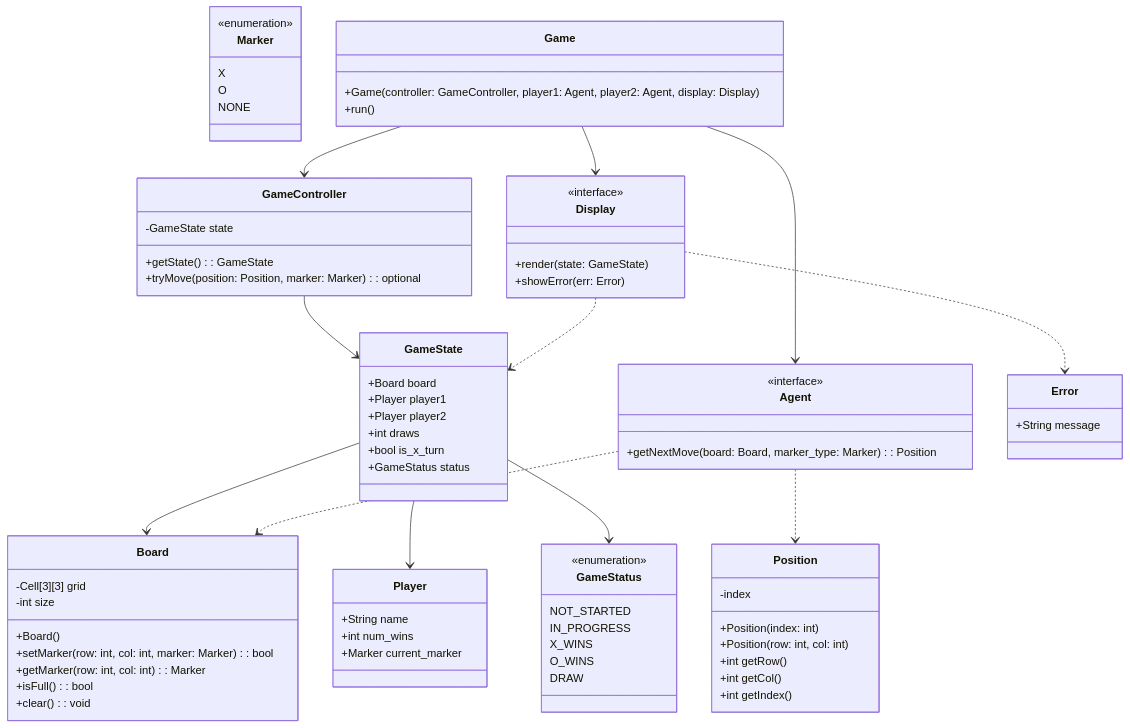
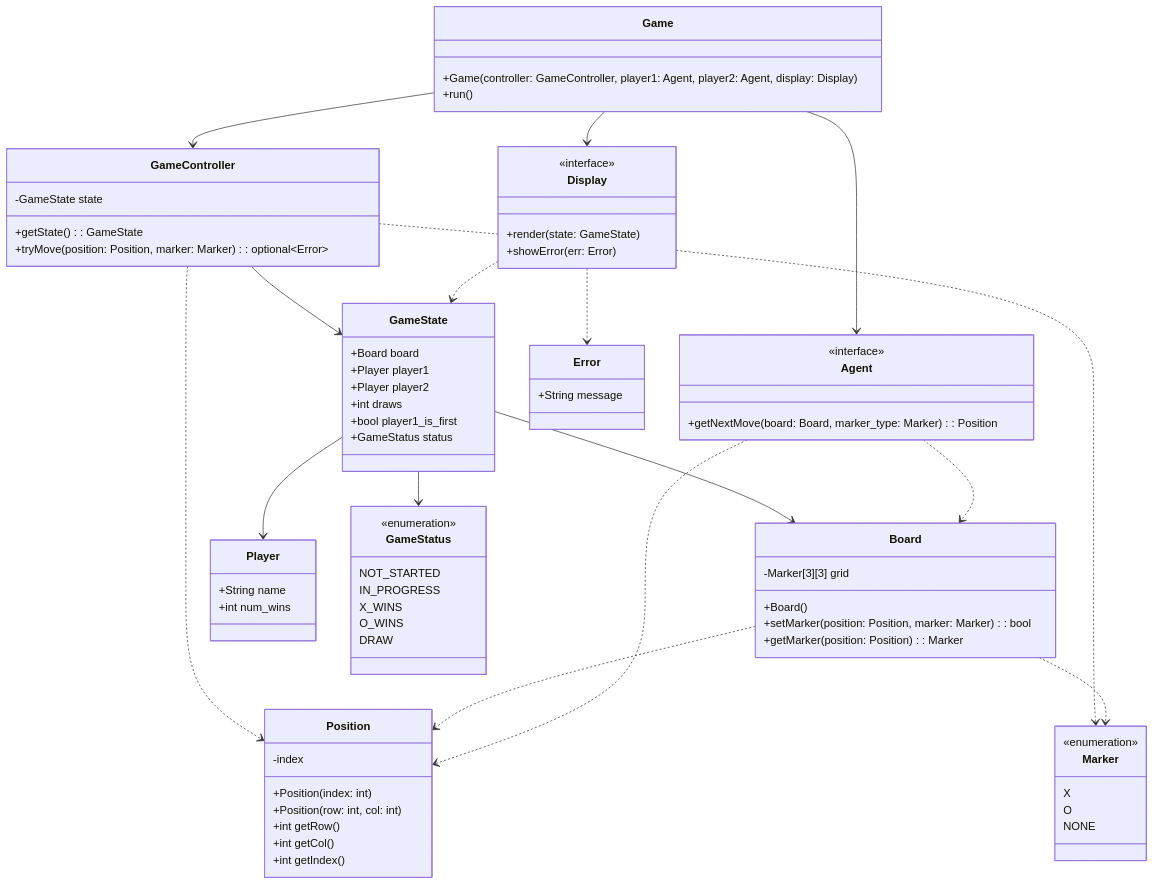
Before and after one commit to jashar86/tic-tac-toe: the second of 15 diagrams in docs/REFERENCE_ARCHITECTURE.md, drawn with Mermaid.

Commit message:
More edits on the class diagram

````diff
--- a/docs/REFERENCE_ARCHITECTURE.md
+++ b/docs/REFERENCE_ARCHITECTURE.md
@@ -133,19 +133,15 @@
 ```mermaid
 classDiagram
     class Board {
-        -Cell[3][3] grid
-        -int size
+        -Marker[3][3] grid
         +Board()
-        +setMarker(row: int, col: int, marker: Marker): bool
-        +getMarker(row: int, col: int): Marker
-        +isFull(): bool
-        +clear(): void
+        +setMarker(position: Position, marker: Marker): bool
+        +getMarker(position: Position): Marker
     }
     
     class Player {
         +String name
         +int num_wins
-        +Marker current_marker
     }
 
     class GameState {
@@ -153,7 +149,7 @@
         +Player player1
         +Player player2
         +int draws
-        +bool is_x_turn
+        +bool player1_is_first
         +GameStatus status
     }
    
@@ -175,7 +171,7 @@
     class GameController {
         -GameState state
         +getState(): GameState
-        +tryMove(position: Position, marker: Marker): optional<Error>        
+        +tryMove(position: Position, marker: Marker): optional&ltError&gt        
     }
 
     class Position {
@@ -208,15 +204,25 @@
         DRAW
     }
 
+    Game --> GameController
+    Game --> Agent
+    Game --> Display
+
+    GameController --> GameState
+    GameController ..> Position
+    GameController ..> Marker
+
     GameState --> Board
     GameState --> Player
     GameState --> GameStatus
-    GameController --> GameState
+    
+    Board ..> Position
+    Board ..> Marker
+
     Agent ..> Board
     Agent ..> Position
+
     Display ..> GameState
     Display ..> Error
-    Game --> GameController
-    Game --> Agent
-    Game --> Display
+    
 ```
````
